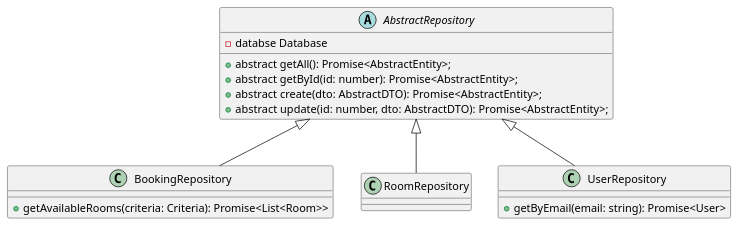
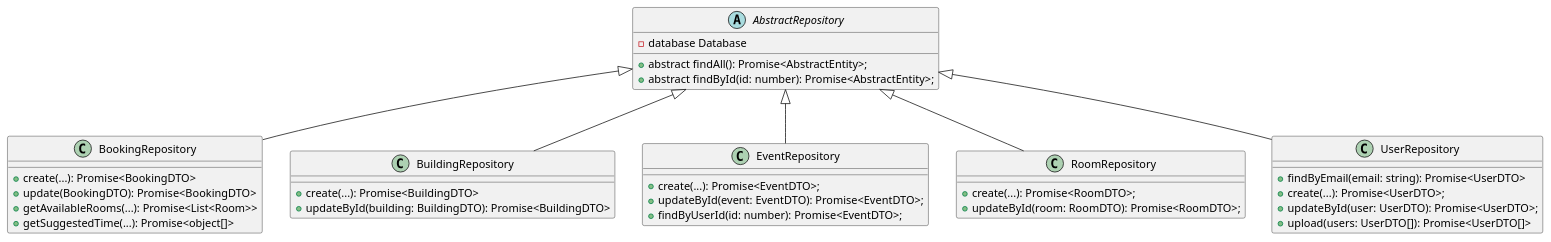
Before and after one commit to matata233/Room-Booking-System: the diagram in backend/uml/repo.puml, drawn with PlantUML. The commit also changed 6 other files, not shown here.

Commit message:
1.remove unnessary comment 2. update authenticator with a reasonable key 3. update uml diagrams

```diff
--- a/backend/uml/repo.puml
+++ b/backend/uml/repo.puml
@@ -1,25 +1,42 @@
 @startuml
 
 ' Abstract classes
 
 abstract class AbstractRepository {
-    +abstract getAll(): Promise<AbstractEntity>;
-    +abstract getById(id: number): Promise<AbstractEntity>;
-    +abstract create(dto: AbstractDTO): Promise<AbstractEntity>;
-    +abstract update(id: number, dto: AbstractDTO): Promise<AbstractEntity>;
-    -databse Database
+    +abstract findAll(): Promise<AbstractEntity>;
+    +abstract findById(id: number): Promise<AbstractEntity>;
+    -database Database
 }
 
 ' Concrete controller classes
 class BookingRepository extends AbstractRepository {
-    +getAvailableRooms(criteria: Criteria): Promise<List<Room>>
+    +create(...): Promise<BookingDTO>
+    +update(BookingDTO): Promise<BookingDTO>
+    +getAvailableRooms(...): Promise<List<Room>>
+    +getSuggestedTime(...): Promise<object[]>
+}
+
+class BuildingRepository extends AbstractRepository{
+     +create(...): Promise<BuildingDTO>
+     +updateById(building: BuildingDTO): Promise<BuildingDTO>
+}
+
+class EventRepository extends AbstractRepository{
+      +create(...): Promise<EventDTO>;
+      +updateById(event: EventDTO): Promise<EventDTO>;
+      +findByUserId(id: number): Promise<EventDTO>;
 }
 
 class RoomRepository extends AbstractRepository {
+    +create(...): Promise<RoomDTO>;
+    +updateById(room: RoomDTO): Promise<RoomDTO>;
 }
 
 class UserRepository extends AbstractRepository {
-+getByEmail(email: string): Promise<User>
+    +findByEmail(email: string): Promise<UserDTO>
+    +create(...): Promise<UserDTO>;
+    +updateById(user: UserDTO): Promise<UserDTO>;
+    +upload(users: UserDTO[]): Promise<UserDTO[]>
 }
 
 @enduml
```
